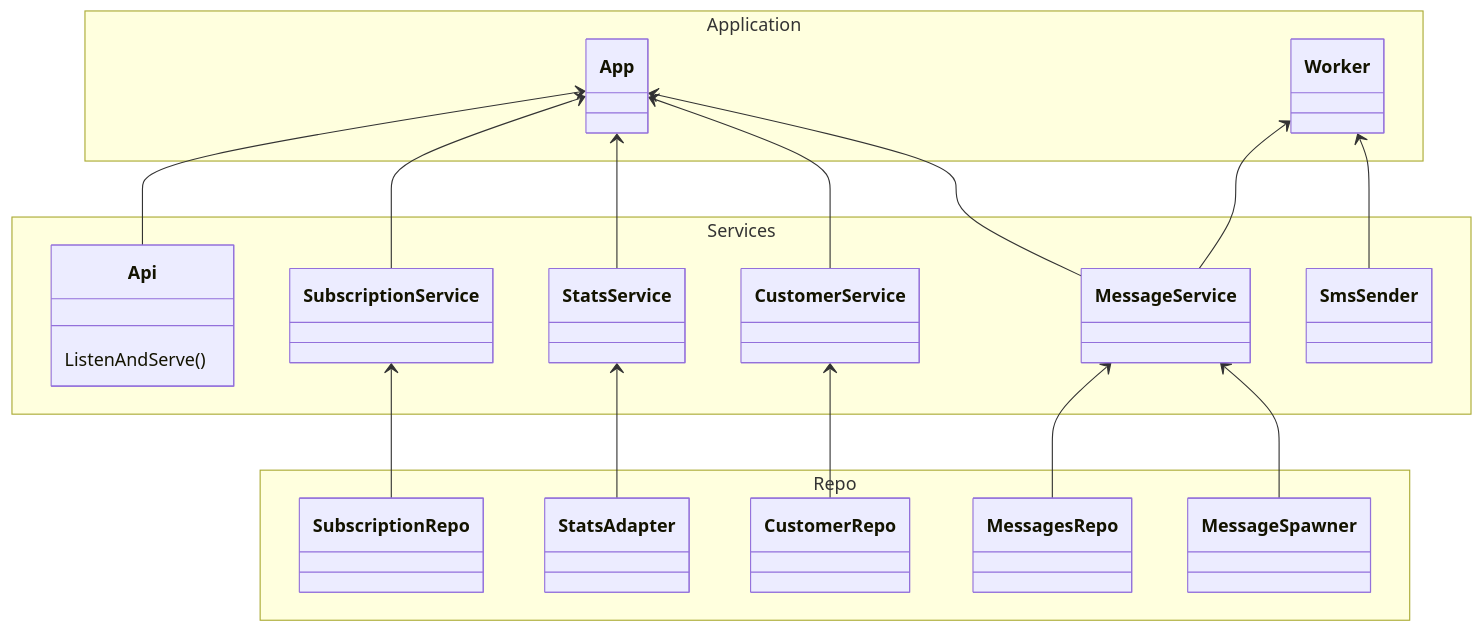
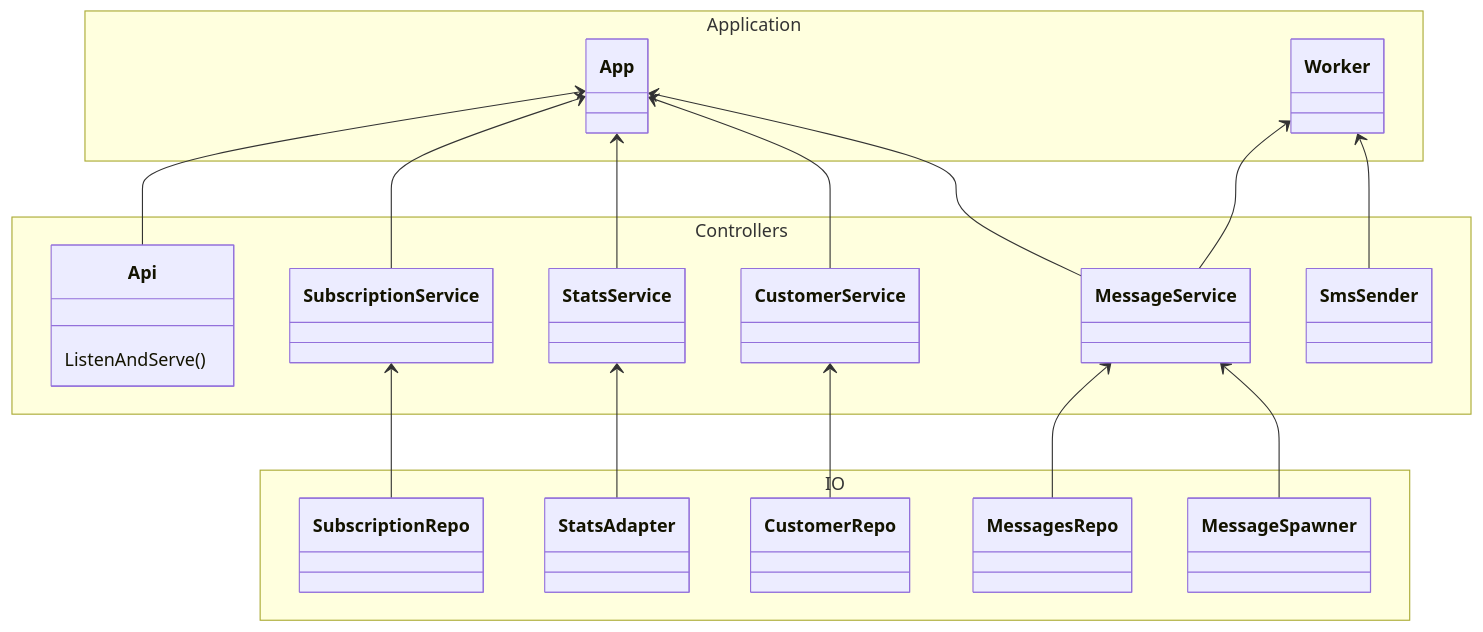
One commit to thefrol/notty changed the second of 2 diagrams in README.md. Above: the diagram before and after it, drawn with Mermaid. The commit also changed 37 other files, not shown here.

````diff
--- a/README.md
+++ b/README.md
@@ -111,42 +111,42 @@
 ```mermaid
 classDiagram
 namespace Application {
     class App
     class Worker
 }
-namespace Services {
+namespace Controllers {
     class Api{
         ListenAndServe()
     }
     class SubscriptionService
     class StatsService
     class CustomerService
 
     class MessageService
     class SmsSender
 
 }
-namespace Repo {
+namespace IO {
     class SubscriptionRepo
     class StatsAdapter
     class CustomerRepo
     class MessagesRepo
     class MessageSpawner
 }
 
 
 App<--CustomerService
 App<--SubscriptionService
 App<--Api
 App<--StatsService
 App<--MessageService
 CustomerService<--CustomerRepo
 SubscriptionService<--SubscriptionRepo
 StatsService<--StatsAdapter
 
 
 Worker<--MessageService
 Worker<--SmsSender
 MessageService<--MessagesRepo
 MessageService<--MessageSpawner
 ```
````
